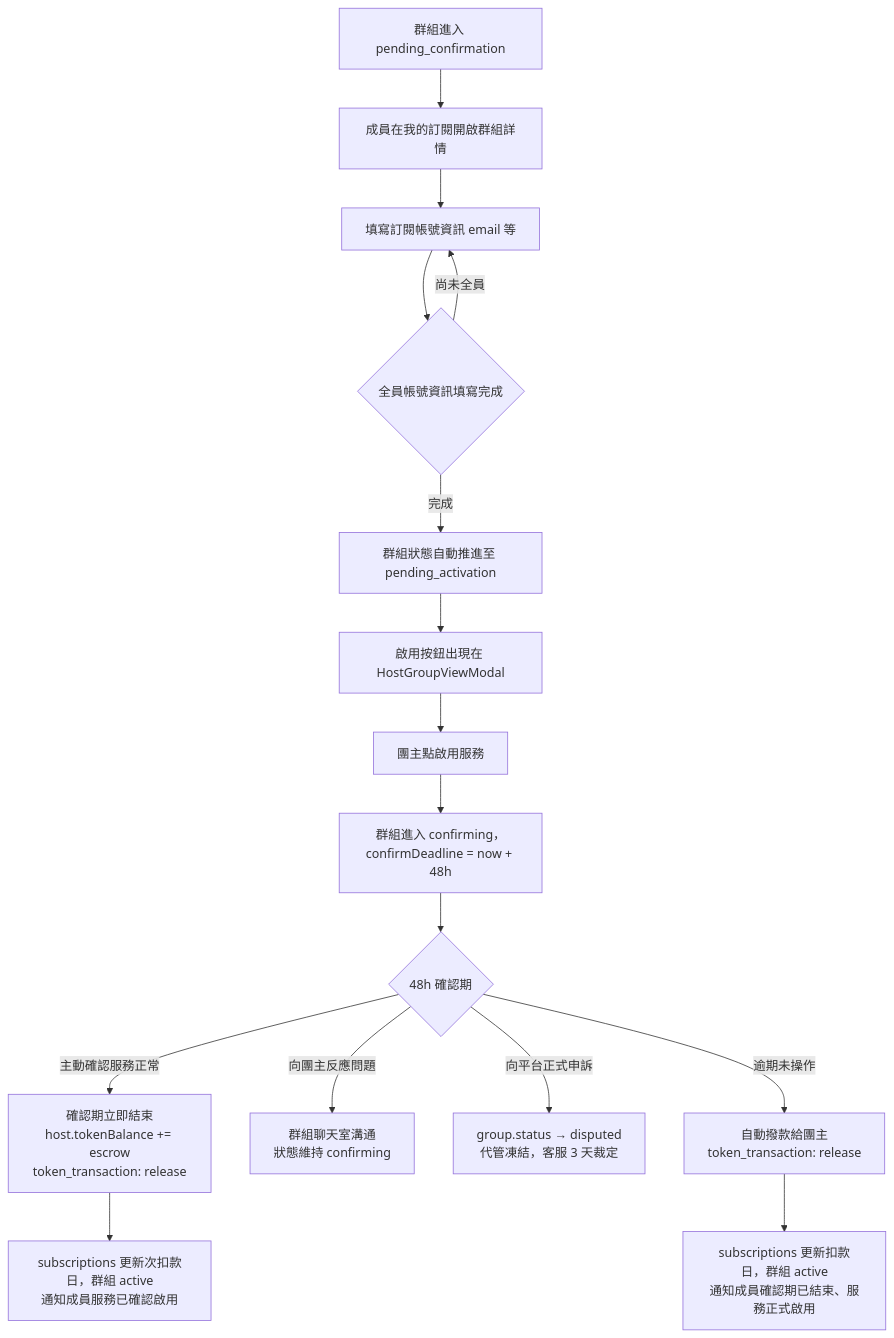
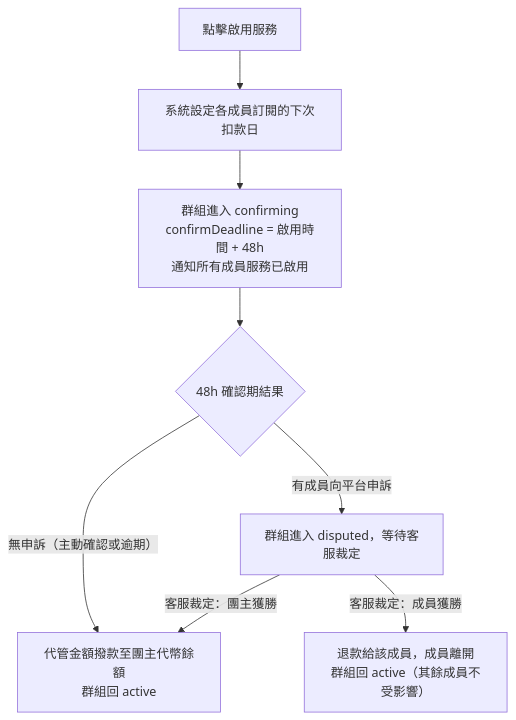
Before and after one commit to s1092055/PartyMatch: the tenth of 14 diagrams in docs/user-flows.md, drawn with Mermaid. The commit also changed other lines of this file and 1 other file, not shown here.

First line of the commit message:
docs: 按角色重構 user-flows，補齊流程細節

````diff
--- a/docs/user-flows.md
+++ b/docs/user-flows.md
@@ -169,18 +148,10 @@
 ```mermaid
 flowchart TD
-  A[群組進入 pending_confirmation] --> B[成員在我的訂閱開啟群組詳情]
-  B --> C[填寫訂閱帳號資訊 email 等]
-  C --> D{全員帳號資訊填寫完成}
-  D -->|尚未全員| C
-  D -->|完成| E[群組狀態自動推進至 pending_activation]
-  E --> F[啟用按鈕出現在 HostGroupViewModal]
-  F --> G[團主點啟用服務]
-  G --> H[群組進入 confirming，confirmDeadline = now + 48h]
-  H --> I{48h 確認期}
-  I -->|主動確認服務正常| J[確認期立即結束\nhost.tokenBalance += escrow\ntoken_transaction: release]
-  I -->|向團主反應問題| I2[群組聊天室溝通\n狀態維持 confirming]
-  I -->|向平台正式申訴| K[group.status → disputed\n代管凍結，客服 3 天裁定]
-  I -->|逾期未操作| J2[自動撥款給團主\ntoken_transaction: release]
-  J --> L[subscriptions 更新次扣款日，群組 active\n通知成員服務已確認啟用]
-  J2 --> L2[subscriptions 更新扣款日，群組 active\n通知成員確認期已結束、服務正式啟用]
+  A[點擊啟用服務] --> B[系統設定各成員訂閱的下次扣款日]
+  B --> C[群組進入 confirming\nconfirmDeadline = 啟用時間 + 48h\n通知所有成員服務已啟用]
+  C --> D{48h 確認期結果}
+  D -->|無申訴（主動確認或逾期）| E[代管金額撥款至團主代幣餘額\n群組回 active]
+  D -->|有成員向平台申訴| F[群組進入 disputed，等待客服裁定]
+  F -->|客服裁定：團主獲勝| E
+  F -->|客服裁定：成員獲勝| G[退款給該成員，成員離開\n群組回 active（其餘成員不受影響）]
 ```
````
